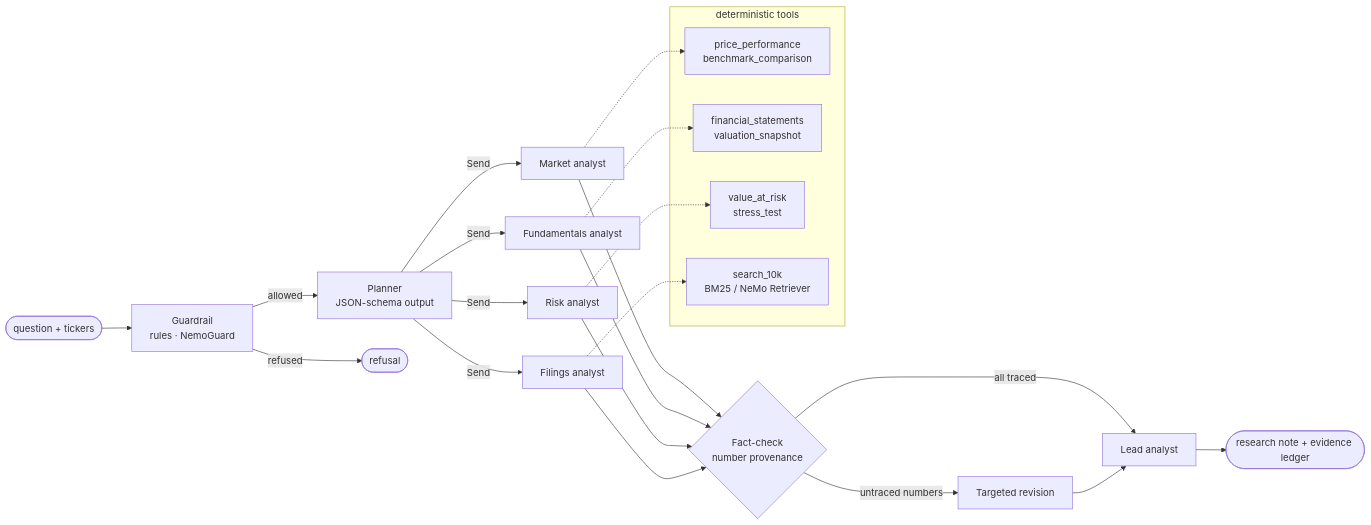
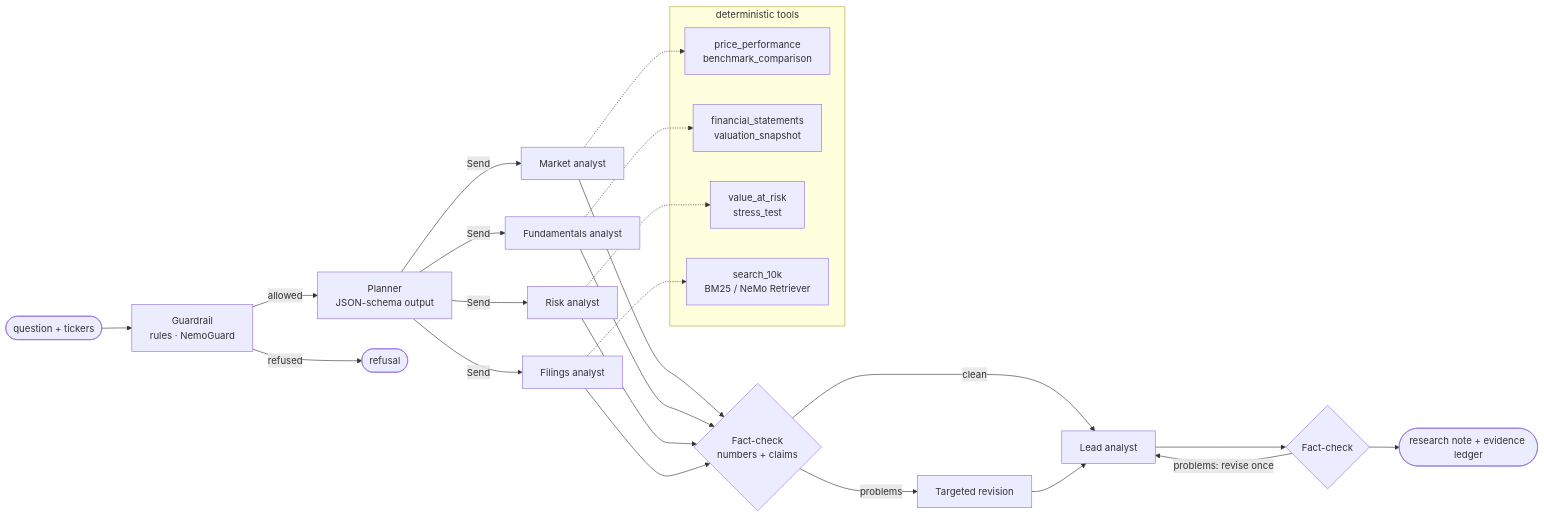
The diagram in README.md (maria-pro/finagent), drawn with Mermaid before and after one commit. The commit also changed other lines of this file and 41 other files, not shown here.

````diff
--- a/README.md
+++ b/README.md
@@ -64,26 +66,28 @@
 ```mermaid
 flowchart LR
     Q([question + tickers]) --> G[Guardrail<br/>rules · NemoGuard]
     G -->|allowed| P[Planner<br/>JSON-schema output]
     G -->|refused| X([refusal])
     P -->|Send| M[Market analyst]
     P -->|Send| F[Fundamentals analyst]
     P -->|Send| R[Risk analyst]
     P -->|Send| D[Filings analyst]
-    M & F & R & D --> V{Fact-check<br/>number provenance}
-    V -->|untraced numbers| RV[Targeted revision]
-    V -->|all traced| W[Lead analyst]
+    M & F & R & D --> V{Fact-check<br/>numbers + claims}
+    V -->|problems| RV[Targeted revision]
+    V -->|clean| W[Lead analyst]
     RV --> W
-    W --> N([research note + evidence ledger])
+    W --> WC{Fact-check}
+    WC -->|problems: revise once| W
+    WC --> N([research note + evidence ledger])
 
     subgraph Tools [deterministic tools]
       T1[price_performance<br/>benchmark_comparison]
       T2[financial_statements<br/>valuation_snapshot]
       T3[value_at_risk<br/>stress_test]
       T4[search_10k<br/>BM25 / NeMo Retriever]
     end
     M -.-> T1
     F -.-> T2
     R -.-> T3
     D -.-> T4
 ```
````
